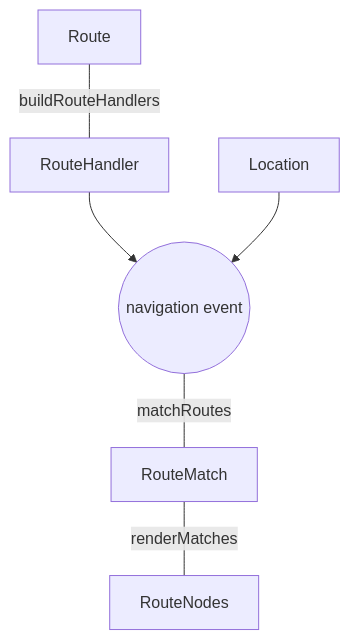
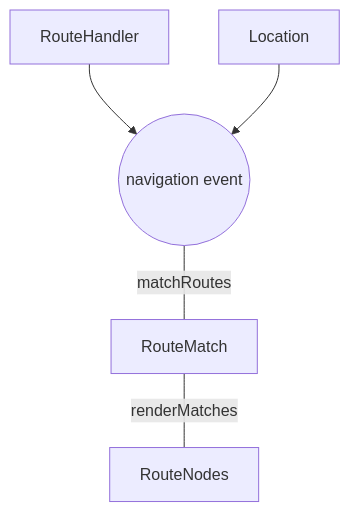
The third of 3 diagrams in apps/web/src/app/docs/architecture/content.md (eu-ge-ne/enrouter), drawn with Mermaid before and after one commit. The commit also changed other lines of this file and 24 other files, not shown here.

````diff
--- a/apps/web/src/app/docs/architecture/content.md
+++ b/apps/web/src/app/docs/architecture/content.md
@@ -33,15 +54,13 @@
 ```mermaid
 graph TD;
-  RT[Route];
   RH[RouteHandler];
   NAV(("navigation event"));
   LOC[Location];
   RM[RouteMatch];
   RN[RouteNodes];
 
-  RT---|buildRouteHandlers|RH;
   RH-->NAV;
   LOC-->NAV;
   NAV---|matchRoutes|RM;
   RM---|renderMatches|RN;
 ```
````
